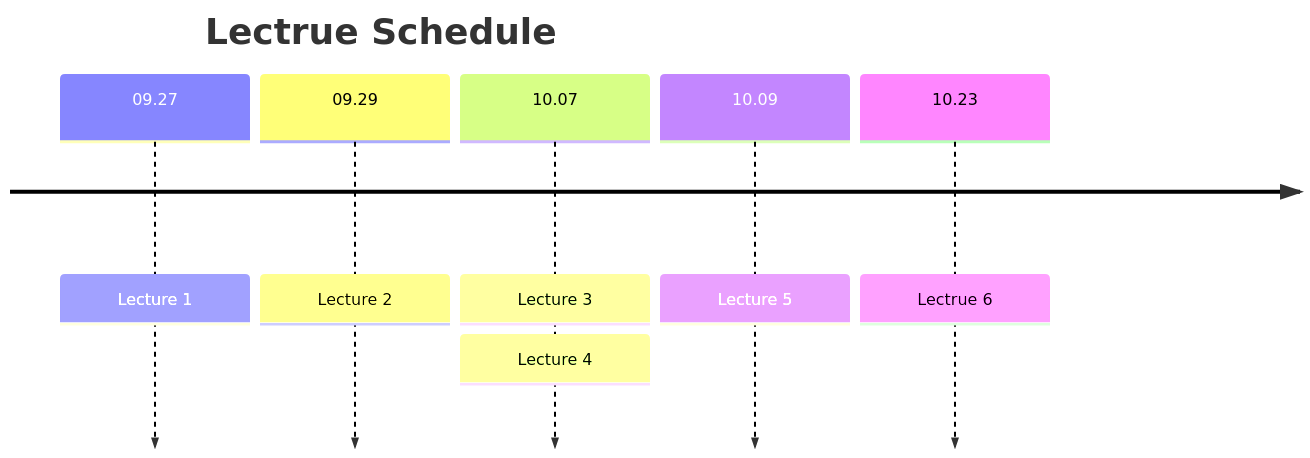
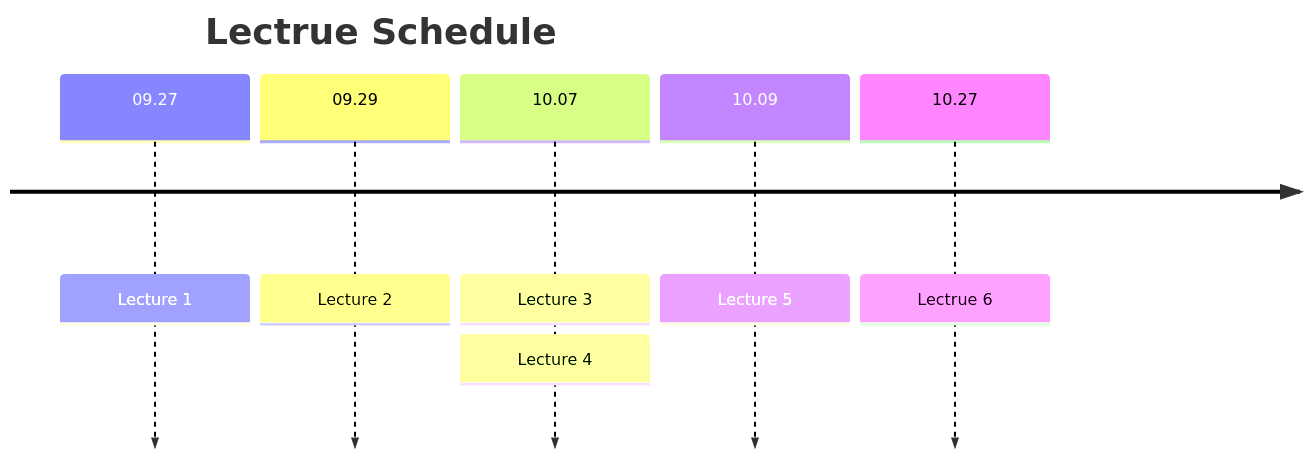
One commit to fleekgonzalo/Real-king-Ph.GitHub.io changed the second of 2 diagrams in _posts/2023-09-12M/2023-10-02-CMU-Project-Tracker.md. Above: the diagram before and after it, drawn with Mermaid. The commit also changed 1 other file, not shown here.

Commit message:
🥘 upd: CMU15445 Lecture 6

````diff
--- a/_posts/2023-09-12M/2023-10-02-CMU-Project-Tracker.md
+++ b/_posts/2023-09-12M/2023-10-02-CMU-Project-Tracker.md
@@ -58,10 +58,10 @@
 ```mermaid
 timeline
    title Lectrue Schedule
       09.27  : Lecture 1
       09.29  : Lecture 2
       10.07  : Lecture 3
              : Lecture 4
       10.09  : Lecture 5
-      10.23  : Lectrue 6
+      10.27  : Lectrue 6
 ```
````
